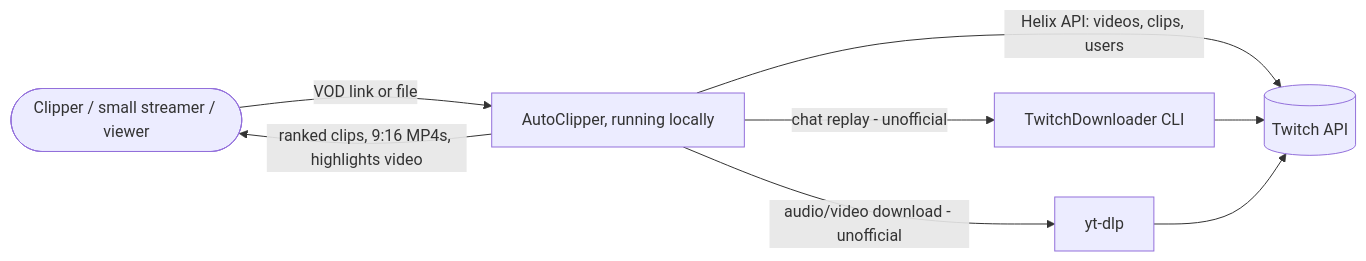
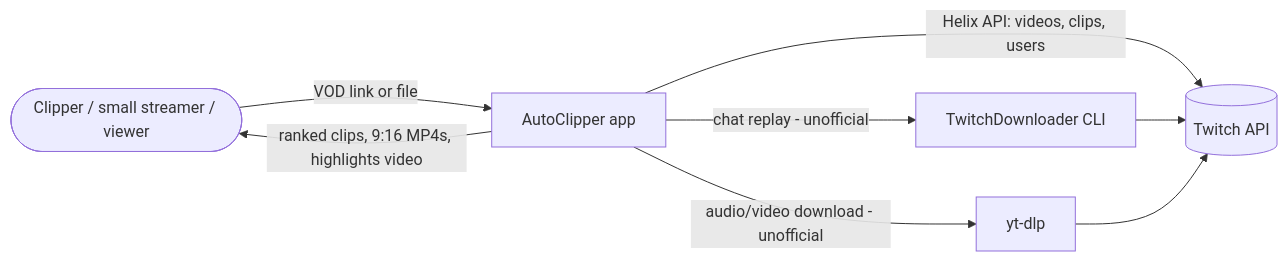
The first of 2 diagrams in docs/architecture/overview.md (adillpickles/AutoClipper), drawn with Mermaid before and after one commit. The commit also changed other lines of this file and 38 other files, not shown here.

````diff
--- a/docs/architecture/overview.md
+++ b/docs/architecture/overview.md
@@ -22,10 +22,10 @@
 ```mermaid
 flowchart LR
-    user([Clipper / small streamer / viewer]) -->|VOD link or file| app[AutoClipper, running locally]
+    user([Clipper / small streamer / viewer]) -->|VOD link or file| app[AutoClipper app]
     app -->|Helix API: videos, clips, users| twitch[(Twitch API)]
     app -->|chat replay - unofficial| tdl[TwitchDownloader CLI]
     app -->|audio/video download - unofficial| ytdlp[yt-dlp]
     app -->|ranked clips, 9:16 MP4s, highlights video| user
     tdl --> twitch
     ytdlp --> twitch
 ```
````
